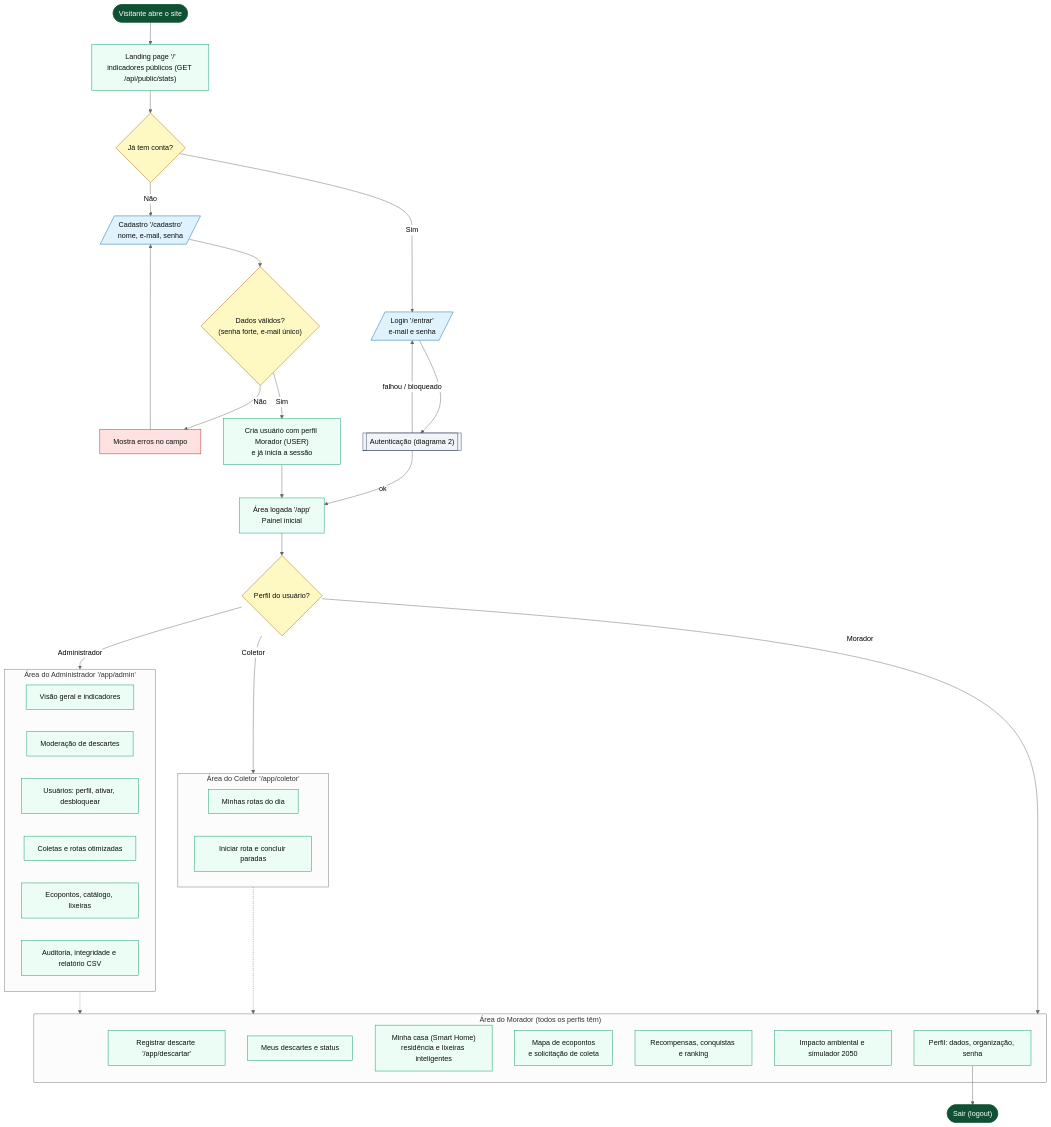
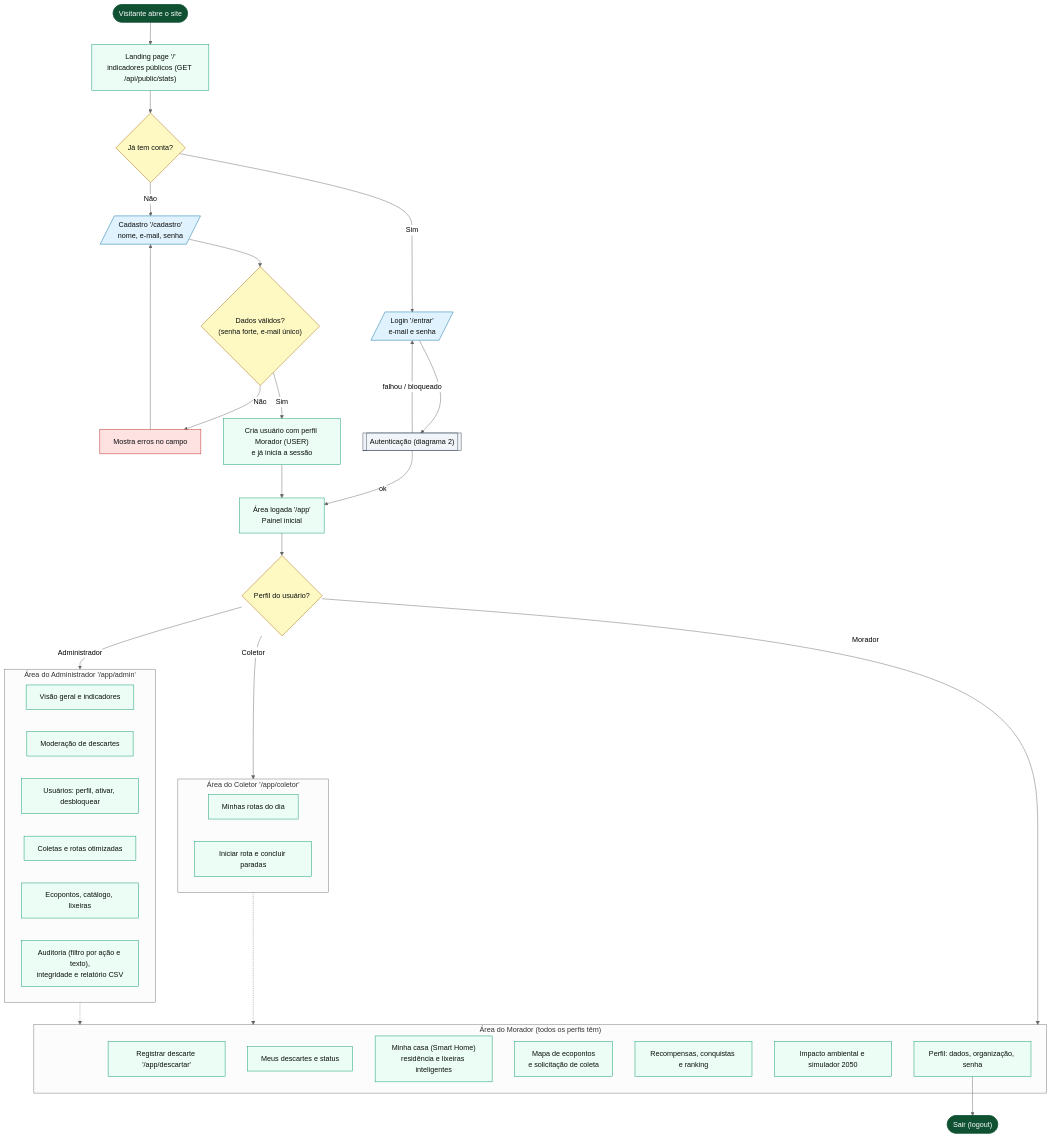
The diagram in docs/diagramas/src/fluxo-geral.mmd (Leandro-Rafael/ExpoTech2.0_2026), drawn with Mermaid (neutral theme) before and after one commit. The commit also changed 84 other files, not shown here.

Commit message:
Documentação final (diagramas re-renderizados), caminhão com portas traseiras na landing, cache de estáticos e iniciar.bat

```diff
--- a/docs/diagramas/src/fluxo-geral.mmd
+++ b/docs/diagramas/src/fluxo-geral.mmd
@@ -1,52 +1,52 @@
 flowchart TD
     INI(["Visitante abre o site"]):::term --> LAND["Landing page '/'<br/>indicadores públicos (GET /api/public/stats)"]:::proc
     LAND --> TEM{"Já tem conta?"}:::dec
     TEM -- "Não" --> CAD[/"Cadastro '/cadastro'<br/>nome, e-mail, senha"/]:::io
     TEM -- "Sim" --> LOG[/"Login '/entrar'<br/>e-mail e senha"/]:::io
     CAD --> VAL{"Dados válidos?<br/>(senha forte, e-mail único)"}:::dec
     VAL -- "Não" --> CADERR["Mostra erros no campo"]:::err --> CAD
     VAL -- "Sim" --> NOVO["Cria usuário com perfil Morador (USER)<br/>e já inicia a sessão"]:::proc
     LOG --> AUTH[["Autenticação (diagrama 2)"]]:::sub
     AUTH -- "falhou / bloqueado" --> LOG
     AUTH -- "ok" --> APP
     NOVO --> APP["Área logada '/app'<br/>Painel inicial"]:::proc
     APP --> PERFIL{"Perfil do usuário?"}:::dec
 
     PERFIL -- "Morador" --> M
     PERFIL -- "Coletor" --> C
     PERFIL -- "Administrador" --> A
 
     subgraph M ["Área do Morador (todos os perfis têm)"]
         M1["Registrar descarte '/app/descartar'"]:::proc
         M2["Meus descartes e status"]:::proc
         M3["Minha casa (Smart Home)<br/>residência e lixeiras inteligentes"]:::proc
         M4["Mapa de ecopontos<br/>e solicitação de coleta"]:::proc
         M5["Recompensas, conquistas e ranking"]:::proc
         M6["Impacto ambiental e simulador 2050"]:::proc
         M7["Perfil: dados, organização, senha"]:::proc
     end
 
     subgraph C ["Área do Coletor '/app/coletor'"]
         C1["Minhas rotas do dia"]:::proc
         C2["Iniciar rota e concluir paradas"]:::proc
     end
 
     subgraph A ["Área do Administrador '/app/admin'"]
         A1["Visão geral e indicadores"]:::proc
         A2["Moderação de descartes"]:::proc
         A3["Usuários: perfil, ativar, desbloquear"]:::proc
         A4["Coletas e rotas otimizadas"]:::proc
         A5["Ecopontos, catálogo, lixeiras"]:::proc
-        A6["Auditoria, integridade e relatório CSV"]:::proc
+        A6["Auditoria (filtro por ação e texto),<br/>integridade e relatório CSV"]:::proc
     end
 
     C -.-> M
     A -.-> M
     M7 --> SAIR(["Sair (logout)"]):::term
 
     classDef term fill:#0f5132,stroke:#0f5132,color:#ffffff
     classDef proc fill:#ecfdf5,stroke:#059669,color:#0a0e0c
     classDef dec fill:#fef9c3,stroke:#a16207,color:#0a0e0c
     classDef io fill:#e0f2fe,stroke:#0369a1,color:#0a0e0c
     classDef sub fill:#f1f5f9,stroke:#334155,color:#0a0e0c
     classDef err fill:#fee2e2,stroke:#b91c1c,color:#0a0e0c
```
